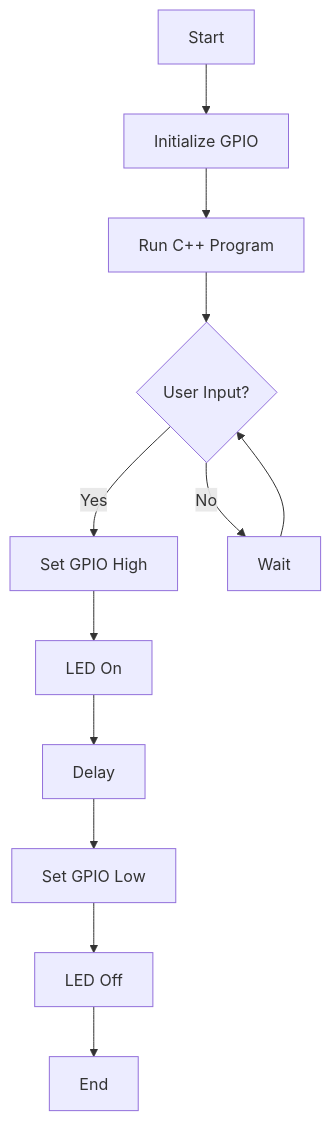
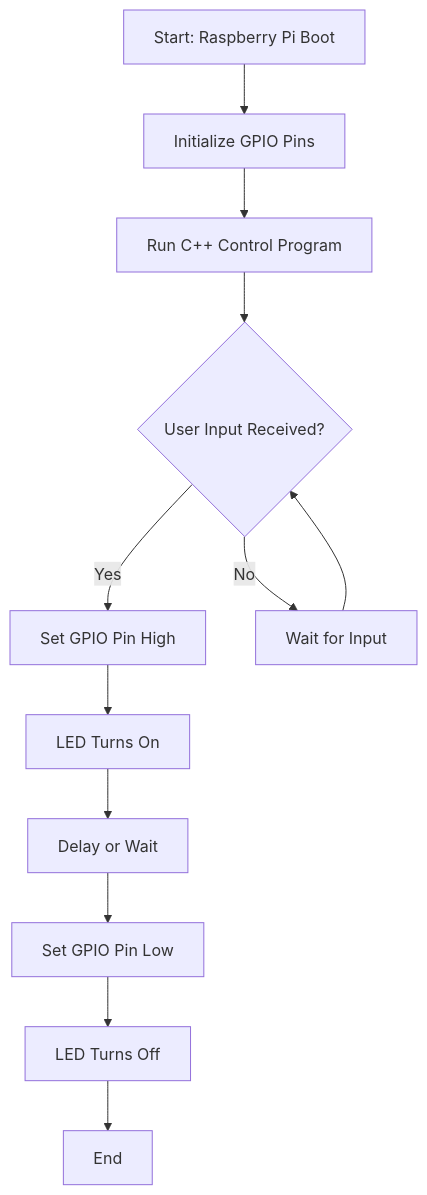
Before and after one commit to AdamLubinsky/Pi-LED: the diagram in README.md, drawn with Mermaid.

````diff
--- a/README.md
+++ b/README.md
@@ -5,14 +5,14 @@
 ```mermaid
 flowchart TD
-    A[Start] --> B[Initialize GPIO]
-    B --> C[Run C++ Program]
-    C --> D{User Input?}
-    D -- Yes --> E[Set GPIO High]
-    D -- No --> F[Wait]
-    E --> G[LED On]
-    G --> H[Delay]
-    H --> I[Set GPIO Low]
-    I --> J[LED Off]
+    A[Start: Raspberry Pi Boot] --> B[Initialize GPIO Pins]
+    B --> C[Run C++ Control Program]
+    C --> D{User Input Received?}
+    D -- Yes --> E[Set GPIO Pin High]
+    D -- No --> F[Wait for Input]
+    E --> G[LED Turns On]
+    G --> H[Delay or Wait]
+    H --> I[Set GPIO Pin Low]
+    I --> J[LED Turns Off]
     J --> K[End]
     F --> D
 ```
````
